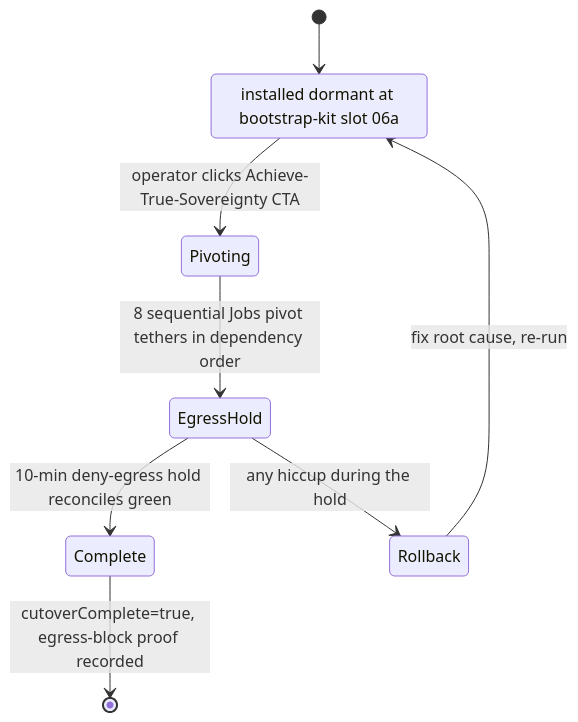
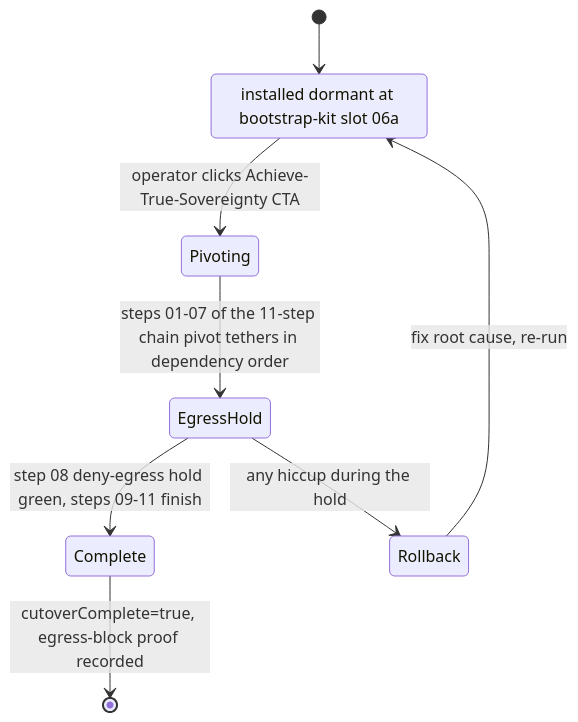
One commit to openova-io/openova changed the ninth of 9 diagrams in docs/DOD.md. Above: the diagram before and after it, drawn with Mermaid. The commit also changed other lines of this file and 101 other files, not shown here.

````diff
--- a/docs/DOD.md
+++ b/docs/DOD.md
@@ -1001,11 +1006,11 @@
 ```mermaid
 stateDiagram-v2
   [*] --> Dormant
   Dormant: installed dormant at bootstrap-kit slot 06a
   Dormant --> Pivoting: operator clicks Achieve-True-Sovereignty CTA
-  Pivoting --> EgressHold: 8 sequential Jobs pivot tethers in dependency order
-  EgressHold --> Complete: 10-min deny-egress hold reconciles green
+  Pivoting --> EgressHold: steps 01-07 of the 11-step chain pivot tethers in dependency order
+  EgressHold --> Complete: step 08 deny-egress hold green, steps 09-11 finish
   EgressHold --> Rollback: any hiccup during the hold
   Rollback --> Dormant: fix root cause, re-run
   Complete --> [*]: cutoverComplete=true, egress-block proof recorded
 ```
````
